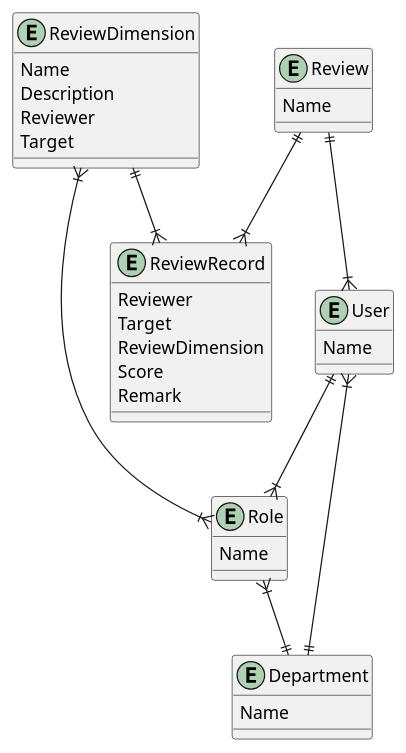
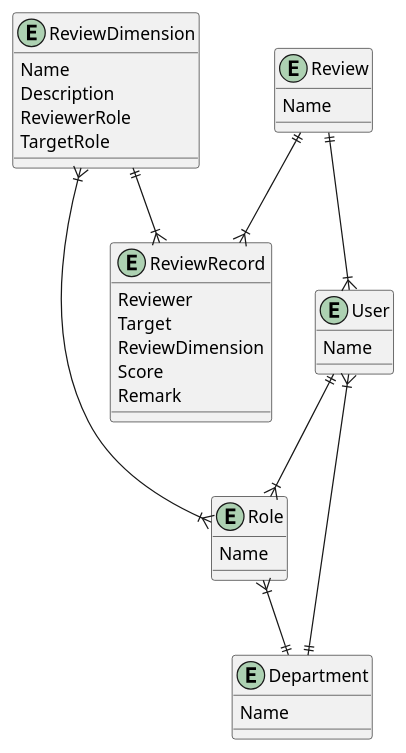
One commit to fissssssh/Perf360 changed the diagram in design/er.pu. Above: the diagram before and after it, drawn with PlantUML. The commit also changed 5 other files, not shown here.

```diff
--- a/design/er.pu
+++ b/design/er.pu
@@ -1,39 +1,39 @@
 @startuml 1
 entity User{
     Name
 }
 entity Department{
     Name
 }
 entity Role{
     Name
 }
 
 User }|--|| Department
 Role }|--|| Department
 User ||--|{ Role
 
 entity Review{
     Name
 }
 entity ReviewDimension{
     Name
     Description
-    Reviewer
-    Target
+    ReviewerRole
+    TargetRole
 }
 Review||--|{User
 ReviewDimension}|--|{Role
 
 entity ReviewRecord{
     Reviewer
     Target
     ReviewDimension
     Score
     Remark
 }
 Review||--|{ReviewRecord
 ReviewDimension||--|{ReviewRecord
 
 
 @endUML
```
